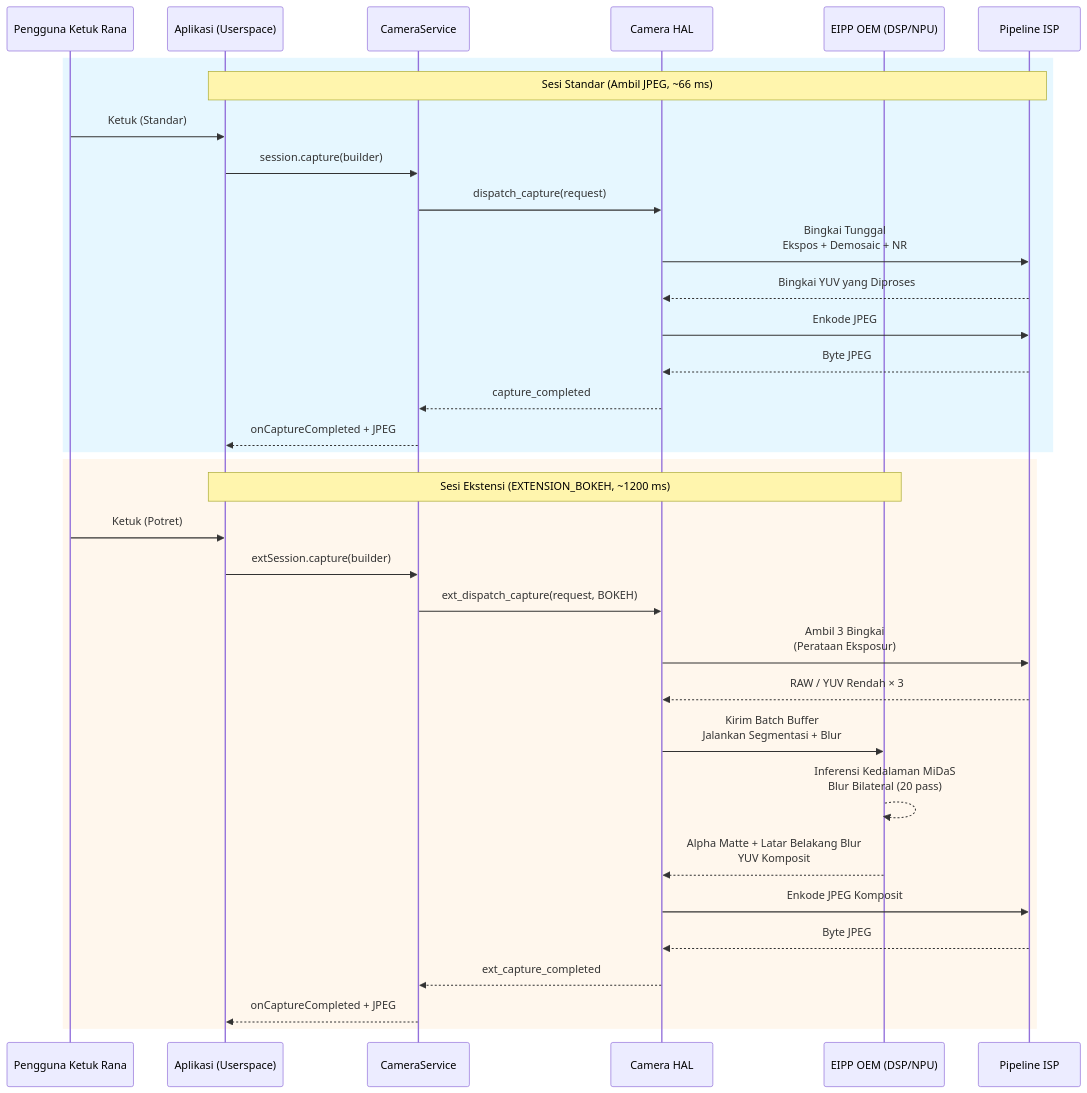
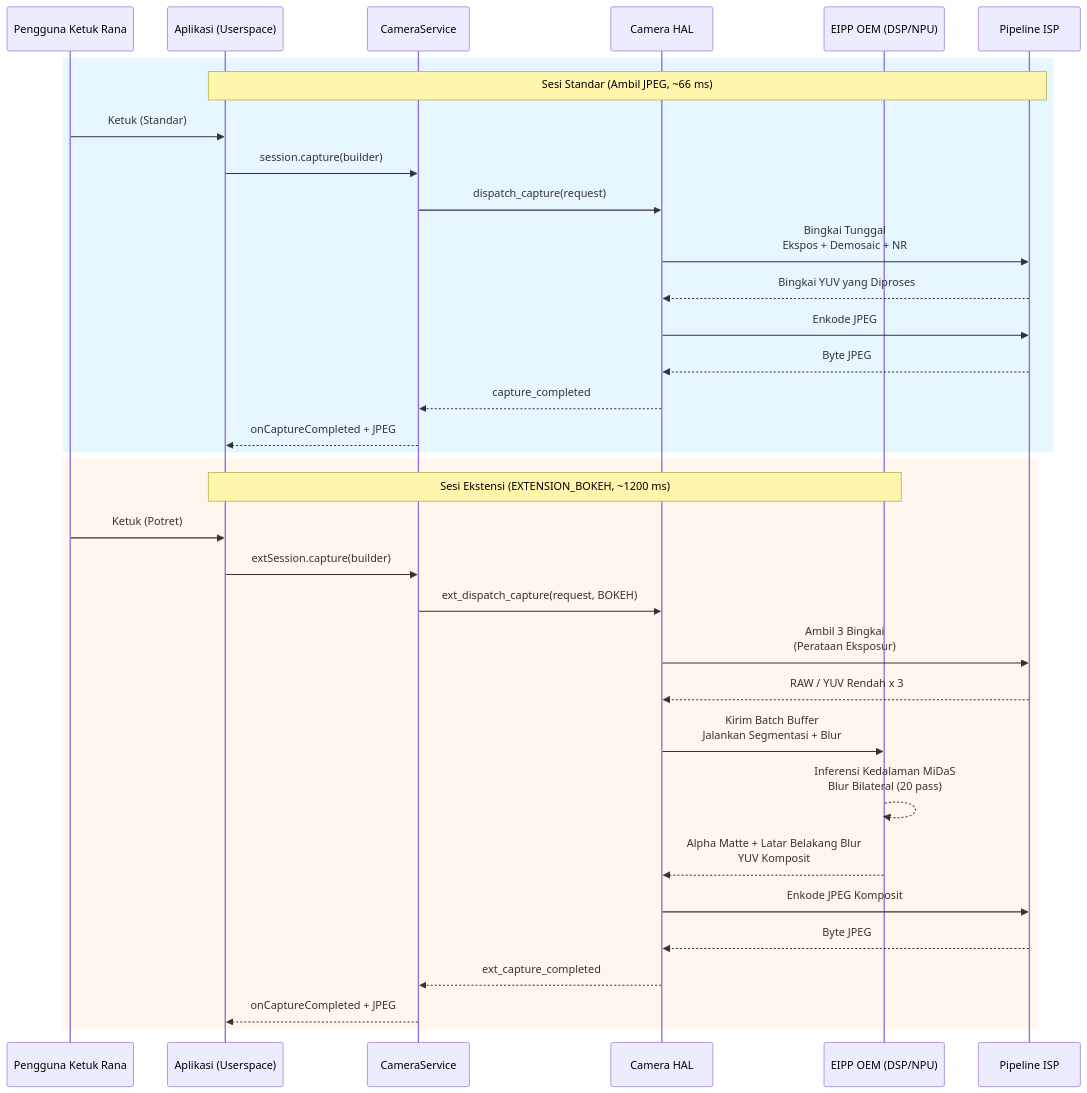
The second of 2 diagrams in website/i18n/id/docusaurus-plugin-content-docs/current/camera2/camera-extensions.md (zoozooll/AndroidCameraParameters), drawn with Mermaid before and after one commit. The commit also changed other lines of this file and 77 other files, not shown here.

First line of the commit message:
docs: standardize Mermaid syntax and polish 3A pipeline translations

````diff
--- a/website/i18n/id/docusaurus-plugin-content-docs/current/camera2/camera-extensions.md
+++ b/website/i18n/id/docusaurus-plugin-content-docs/current/camera2/camera-extensions.md
@@ -317,38 +317,38 @@
 ```mermaid
 sequenceDiagram
     participant U as Pengguna Ketuk Rana
     participant APP as Aplikasi (Userspace)
     participant CAM as CameraService
     participant HAL as Camera HAL
     participant EIPP as EIPP OEM (DSP/NPU)
     participant ISP as Pipeline ISP
 
     rect rgb(230, 247, 255)
         Note over APP,ISP: Sesi Standar (Ambil JPEG, ~66 ms)
         U->>APP: Ketuk (Standar)
         APP->>CAM: session.capture(builder)
         CAM->>HAL: dispatch_capture(request)
         HAL->>ISP: Bingkai Tunggal<br/>Ekspos + Demosaic + NR
         ISP-->>HAL: Bingkai YUV yang Diproses
         HAL->>ISP: Enkode JPEG
         ISP-->>HAL: Byte JPEG
         HAL-->>CAM: capture_completed
         CAM-->>APP: onCaptureCompleted + JPEG
     end
 
     rect rgb(255, 247, 237)
         Note over APP,EIPP: Sesi Ekstensi (EXTENSION_BOKEH, ~1200 ms)
         U->>APP: Ketuk (Potret)
         APP->>CAM: extSession.capture(builder)
         CAM->>HAL: ext_dispatch_capture(request, BOKEH)
         HAL->>ISP: Ambil 3 Bingkai<br/>(Perataan Eksposur)
-        ISP-->>HAL: RAW / YUV Rendah × 3
+        ISP-->>HAL: RAW / YUV Rendah x 3
         HAL->>EIPP: Kirim Batch Buffer<br/>Jalankan Segmentasi + Blur
         EIPP-->>EIPP: Inferensi Kedalaman MiDaS<br/>Blur Bilateral (20 pass)
         EIPP-->>HAL: Alpha Matte + Latar Belakang Blur<br/>YUV Komposit
         HAL->>ISP: Enkode JPEG Komposit
         ISP-->>HAL: Byte JPEG
         HAL-->>CAM: ext_capture_completed
         CAM-->>APP: onCaptureCompleted + JPEG
     end
 ```
````
